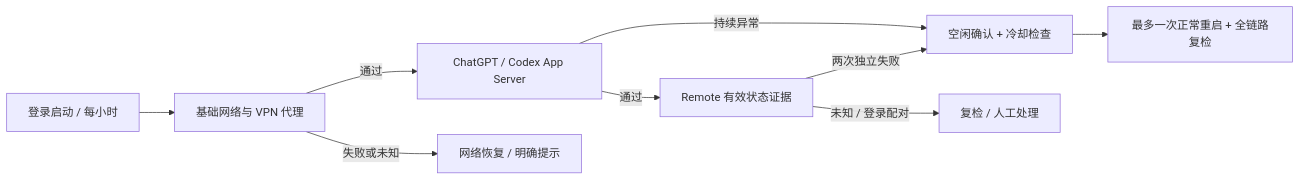
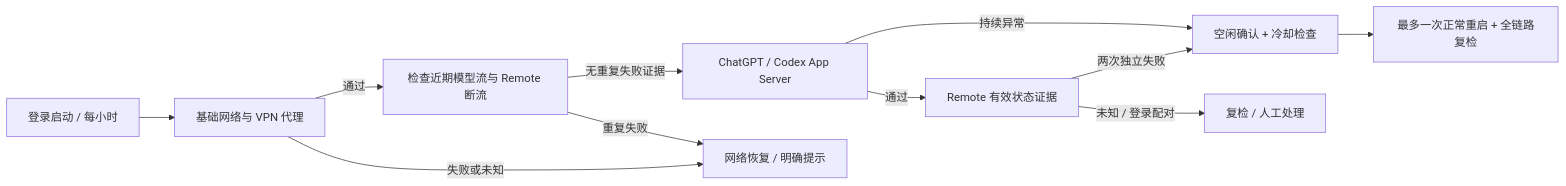
One commit to EricZeng9612/autoConnetGPT changed the diagram in README.md. Above: the diagram before and after it, drawn with Mermaid. The commit also changed other lines of this file and 11 other files, not shown here.

````diff
--- a/README.md
+++ b/README.md
@@ -36,11 +40,13 @@
 ```mermaid
 flowchart LR
     A[登录启动 / 每小时] --> B[基础网络与 VPN 代理]
-    B -->|通过| C[ChatGPT / Codex App Server]
+    B -->|通过| S[检查近期模型流与 Remote 断流]
+    S -->|无重复失败证据| C[ChatGPT / Codex App Server]
+    S -->|重复失败| E
     C -->|通过| D[Remote 有效状态证据]
     B -->|失败或未知| E[网络恢复 / 明确提示]
     C -->|持续异常| F[空闲确认 + 冷却检查]
     D -->|两次独立失败| F
     D -->|未知 / 登录配对| G[复检 / 人工处理]
     F --> H[最多一次正常重启 + 全链路复检]
 ```
````
